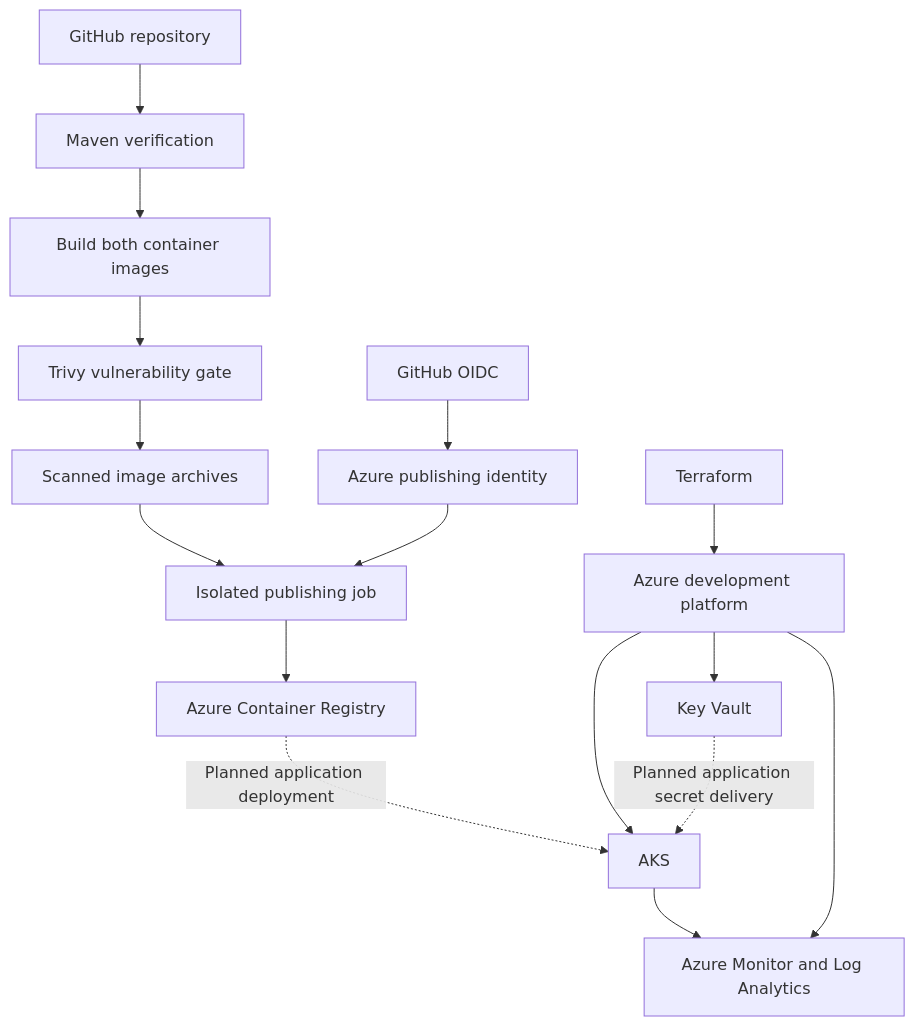
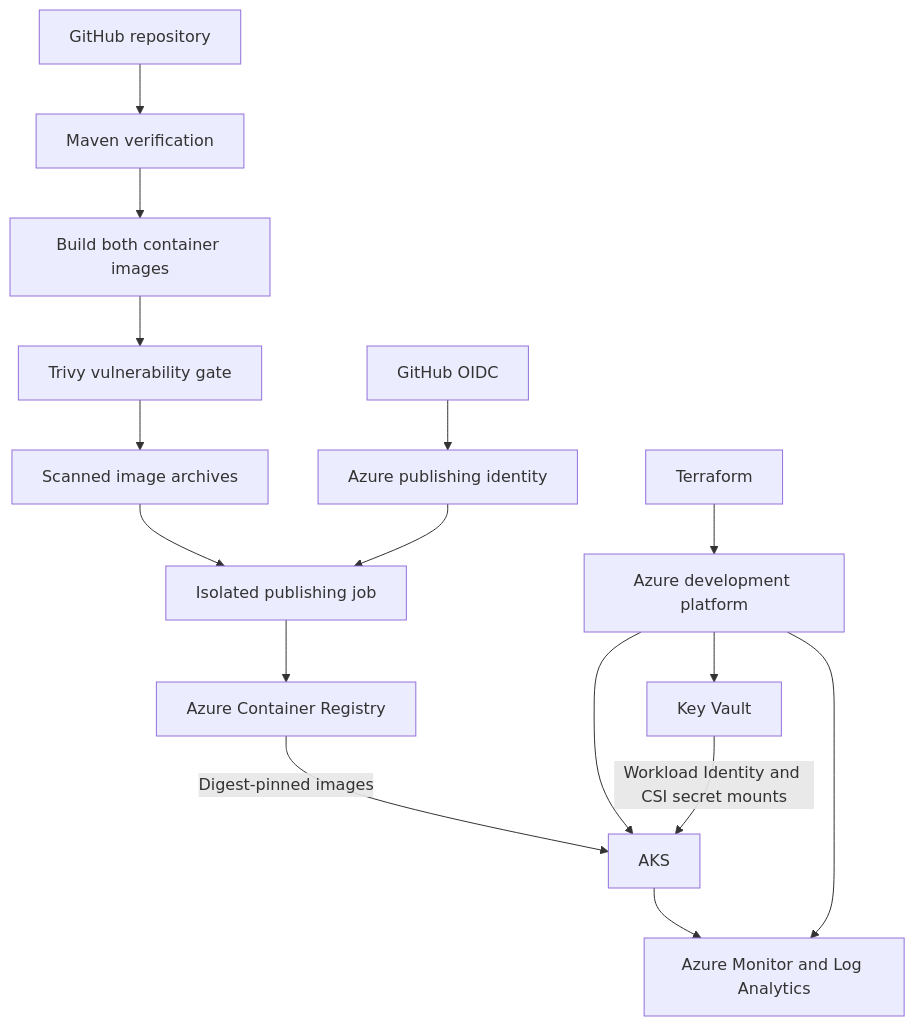
One commit to marc2n/orderflow-devops changed the second of 2 diagrams in README.md. Above: the diagram before and after it, drawn with Mermaid. The commit also changed other lines of this file, not shown here.

````diff
--- a/README.md
+++ b/README.md
@@ -104,21 +129,21 @@
 ```mermaid
 flowchart TD
     Repo[GitHub repository] --> Verify[Maven verification]
     Verify --> Build[Build both container images]
     Build --> Scan[Trivy vulnerability gate]
     Scan --> Artifacts[Scanned image archives]
     Artifacts --> Publish[Isolated publishing job]
 
     GitHubOIDC[GitHub OIDC] --> Identity[Azure publishing identity]
     Identity --> Publish
     Publish --> ACR[Azure Container Registry]
 
     Terraform[Terraform] --> Platform[Azure development platform]
     Platform --> AKS[AKS]
     Platform --> Vault[Key Vault]
     Platform --> Monitor[Azure Monitor and Log Analytics]
 
-    ACR -. Planned application deployment .-> AKS
-    Vault -. Planned application secret delivery .-> AKS
+    ACR -->|Digest-pinned images| AKS
+    Vault -->|Workload Identity and CSI secret mounts| AKS
     AKS --> Monitor
 ```
````
